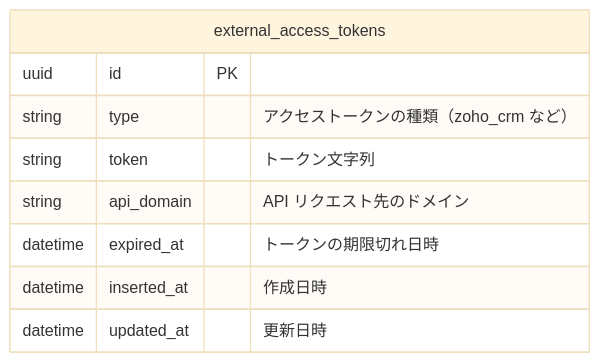
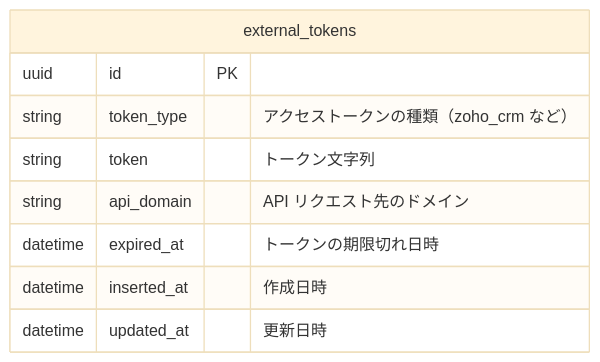
The diagram in docs/logics/zoho_ma.md (bright-org/bright), drawn with Mermaid (base theme) before and after one commit.

````diff
--- a/docs/logics/zoho_ma.md
+++ b/docs/logics/zoho_ma.md
@@ -55,12 +55,12 @@
 ```mermaid
 erDiagram
-  external_access_tokens {
+  external_tokens {
     uuid id PK
-    string type "アクセストークンの種類（zoho_crm など）"
+    string token_type "アクセストークンの種類（zoho_crm など）"
     string token "トークン文字列"
     string api_domain "API リクエスト先のドメイン"
     datetime expired_at "トークンの期限切れ日時"
     datetime inserted_at "作成日時"
     datetime updated_at "更新日時"
   }
 ```
````
